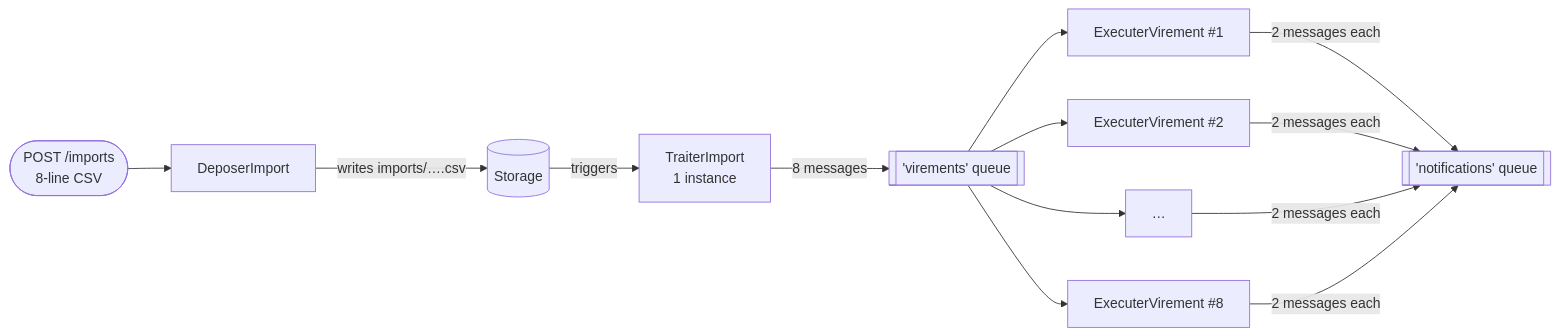
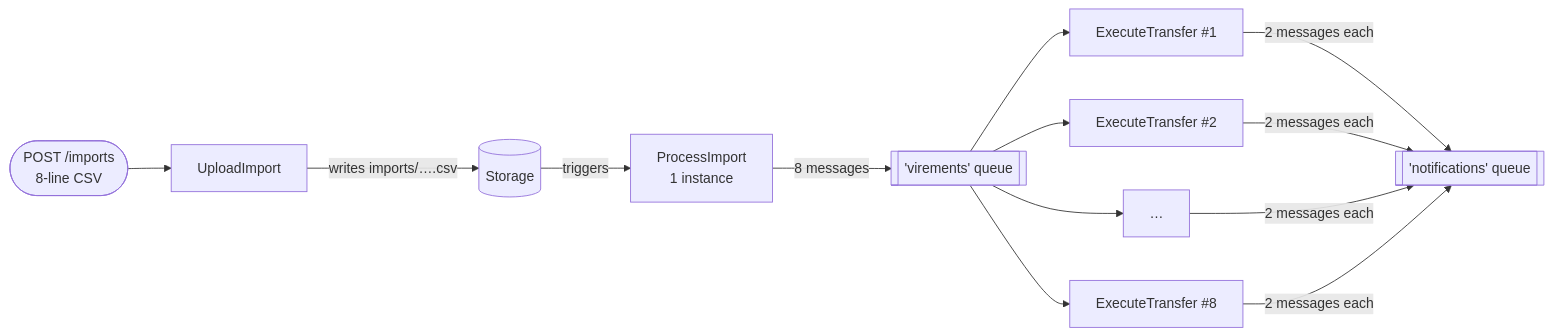
Before and after one commit to drangoht/ArchitecturesDemo: the third of 4 diagrams in Docs/en/12-serverless.md, drawn with Mermaid. The commit also changed other lines of this file and 78 other files, not shown here.

First line of the commit message:
Docs EN : identifiants, liens, diagrammes et sorties alignés sur le code anglais

````diff
--- a/Docs/en/12-serverless.md
+++ b/Docs/en/12-serverless.md
@@ -169,12 +169,12 @@
 ```mermaid
 flowchart LR
-    U(["POST /imports<br/>8-line CSV"]) --> D["DeposerImport"]
+    U(["POST /imports<br/>8-line CSV"]) --> D["UploadImport"]
     D -->|"writes imports/….csv"| B[("Storage")]
-    B -->|"triggers"| T["TraiterImport<br/>1 instance"]
+    B -->|"triggers"| T["ProcessImport<br/>1 instance"]
     T -->|"8 messages"| Q[["'virements' queue"]]
-    Q --> E1["ExecuterVirement #1"]
-    Q --> E2["ExecuterVirement #2"]
+    Q --> E1["ExecuteTransfer #1"]
+    Q --> E2["ExecuteTransfer #2"]
     Q --> E3["…"]
-    Q --> E8["ExecuterVirement #8"]
+    Q --> E8["ExecuteTransfer #8"]
     E1 & E2 & E3 & E8 -->|"2 messages each"| N[["'notifications' queue"]]
 ```
````
